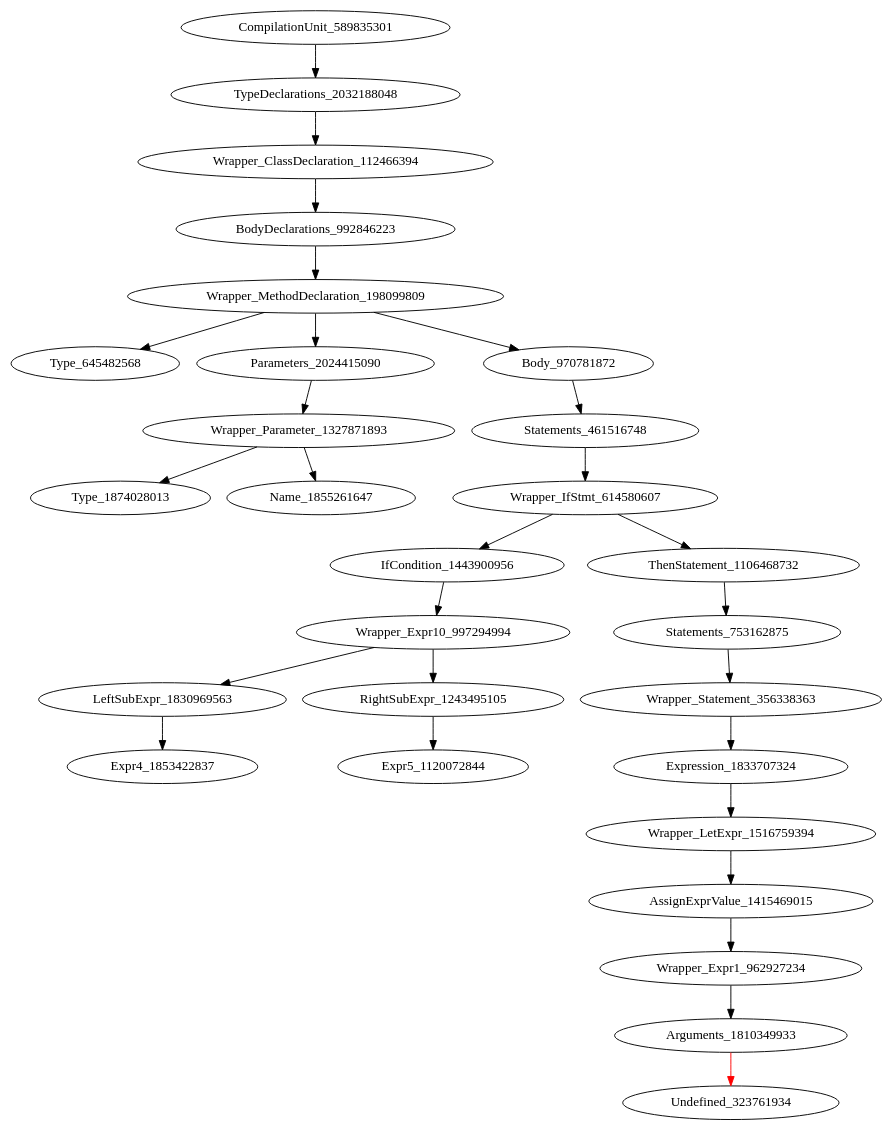
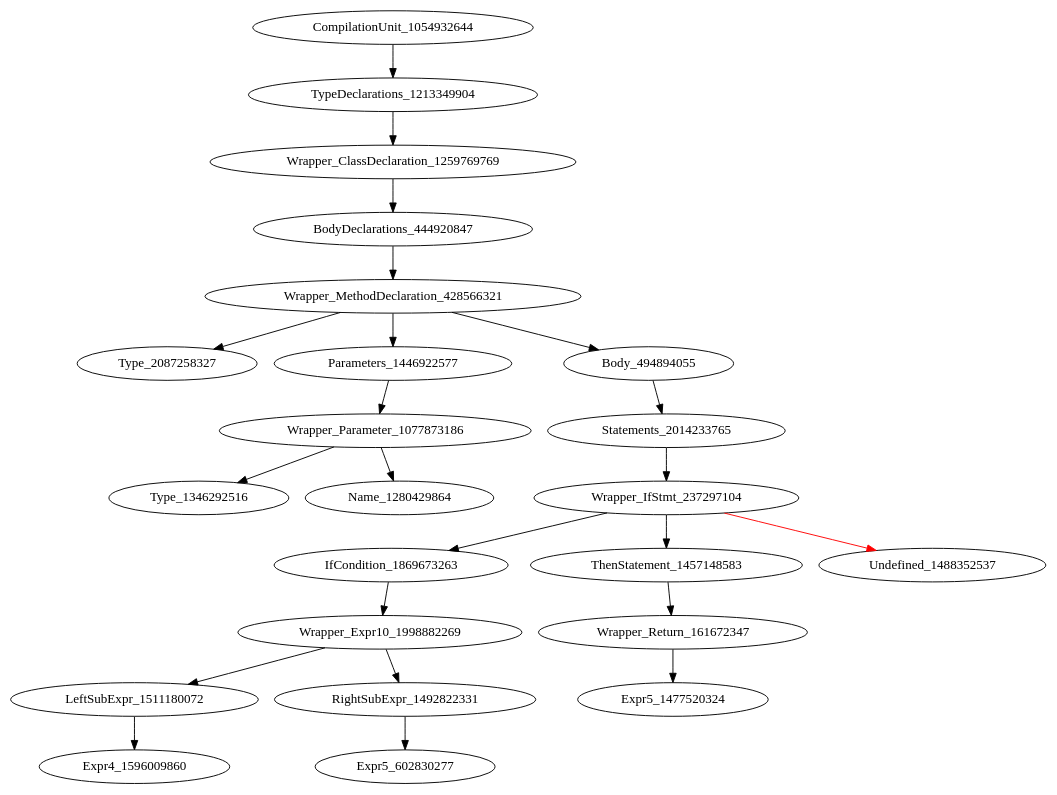
One commit to icse2023material/VoiceJava changed the diagram in holeAST.dot. Above: the diagram before and after it, drawn with Graphviz. The commit also changed 24 other files, not shown here.

```diff
--- a/holeAST.dot
+++ b/holeAST.dot
@@ -1,29 +1,24 @@
 digraph {
-CompilationUnit_589835301 -> TypeDeclarations_2032188048
-TypeDeclarations_2032188048 -> Wrapper_ClassDeclaration_112466394
-Wrapper_ClassDeclaration_112466394 -> BodyDeclarations_992846223
-BodyDeclarations_992846223 -> Wrapper_MethodDeclaration_198099809
-Wrapper_MethodDeclaration_198099809 -> Type_645482568
-Wrapper_MethodDeclaration_198099809 -> Parameters_2024415090
-Wrapper_MethodDeclaration_198099809 -> Body_970781872
-Parameters_2024415090 -> Wrapper_Parameter_1327871893
-Body_970781872 -> Statements_461516748
-Wrapper_Parameter_1327871893 -> Type_1874028013
-Wrapper_Parameter_1327871893 -> Name_1855261647
-Statements_461516748 -> Wrapper_IfStmt_614580607
-Wrapper_IfStmt_614580607 -> IfCondition_1443900956
-Wrapper_IfStmt_614580607 -> ThenStatement_1106468732
-IfCondition_1443900956 -> Wrapper_Expr10_997294994
-ThenStatement_1106468732 -> Statements_753162875
-Wrapper_Expr10_997294994 -> LeftSubExpr_1830969563
-Wrapper_Expr10_997294994 -> RightSubExpr_1243495105
-Statements_753162875 -> Wrapper_Statement_356338363
-LeftSubExpr_1830969563 -> Expr4_1853422837
-RightSubExpr_1243495105 -> Expr5_1120072844
-Wrapper_Statement_356338363 -> Expression_1833707324
-Expression_1833707324 -> Wrapper_LetExpr_1516759394
-Wrapper_LetExpr_1516759394 -> AssignExprValue_1415469015
-AssignExprValue_1415469015 -> Wrapper_Expr1_962927234
-Wrapper_Expr1_962927234 -> Arguments_1810349933
-Arguments_1810349933 -> Undefined_323761934 [color = red] 
+CompilationUnit_1054932644 -> TypeDeclarations_1213349904
+TypeDeclarations_1213349904 -> Wrapper_ClassDeclaration_1259769769
+Wrapper_ClassDeclaration_1259769769 -> BodyDeclarations_444920847
+BodyDeclarations_444920847 -> Wrapper_MethodDeclaration_428566321
+Wrapper_MethodDeclaration_428566321 -> Type_2087258327
+Wrapper_MethodDeclaration_428566321 -> Parameters_1446922577
+Wrapper_MethodDeclaration_428566321 -> Body_494894055
+Parameters_1446922577 -> Wrapper_Parameter_1077873186
+Body_494894055 -> Statements_2014233765
+Wrapper_Parameter_1077873186 -> Type_1346292516
+Wrapper_Parameter_1077873186 -> Name_1280429864
+Statements_2014233765 -> Wrapper_IfStmt_237297104
+Wrapper_IfStmt_237297104 -> IfCondition_1869673263
+Wrapper_IfStmt_237297104 -> ThenStatement_1457148583
+Wrapper_IfStmt_237297104 -> Undefined_1488352537 [color = red] 
+IfCondition_1869673263 -> Wrapper_Expr10_1998882269
+ThenStatement_1457148583 -> Wrapper_Return_161672347
+Wrapper_Expr10_1998882269 -> LeftSubExpr_1511180072
+Wrapper_Expr10_1998882269 -> RightSubExpr_1492822331
+Wrapper_Return_161672347 -> Expr5_1477520324
+LeftSubExpr_1511180072 -> Expr4_1596009860
+RightSubExpr_1492822331 -> Expr5_602830277
 }
```
